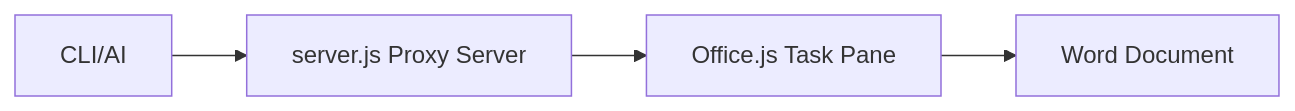
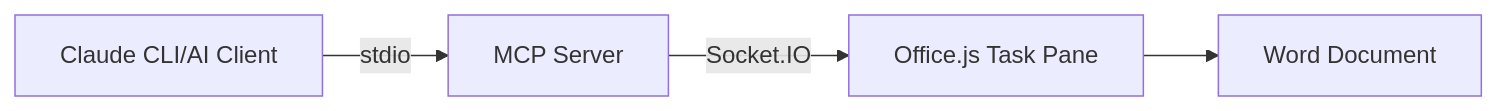
The diagram in README.md (WangChengYeh/mcp_word), drawn with Mermaid before and after one commit. The commit also changed other lines of this file and 2 other files, not shown here.

Commit message:
use stdio

````diff
--- a/README.md
+++ b/README.md
@@ -11,6 +11,6 @@
 ```mermaid
 flowchart LR
-  CLI/AI --> Proxy[server.js Proxy Server]
-  Proxy --> Browser[Office.js Task Pane]
+  CLI[Claude CLI/AI Client] -->|stdio| MCP[MCP Server]
+  MCP -->|Socket.IO| Browser[Office.js Task Pane]
   Browser --> Word[Word Document]
 ```
````
